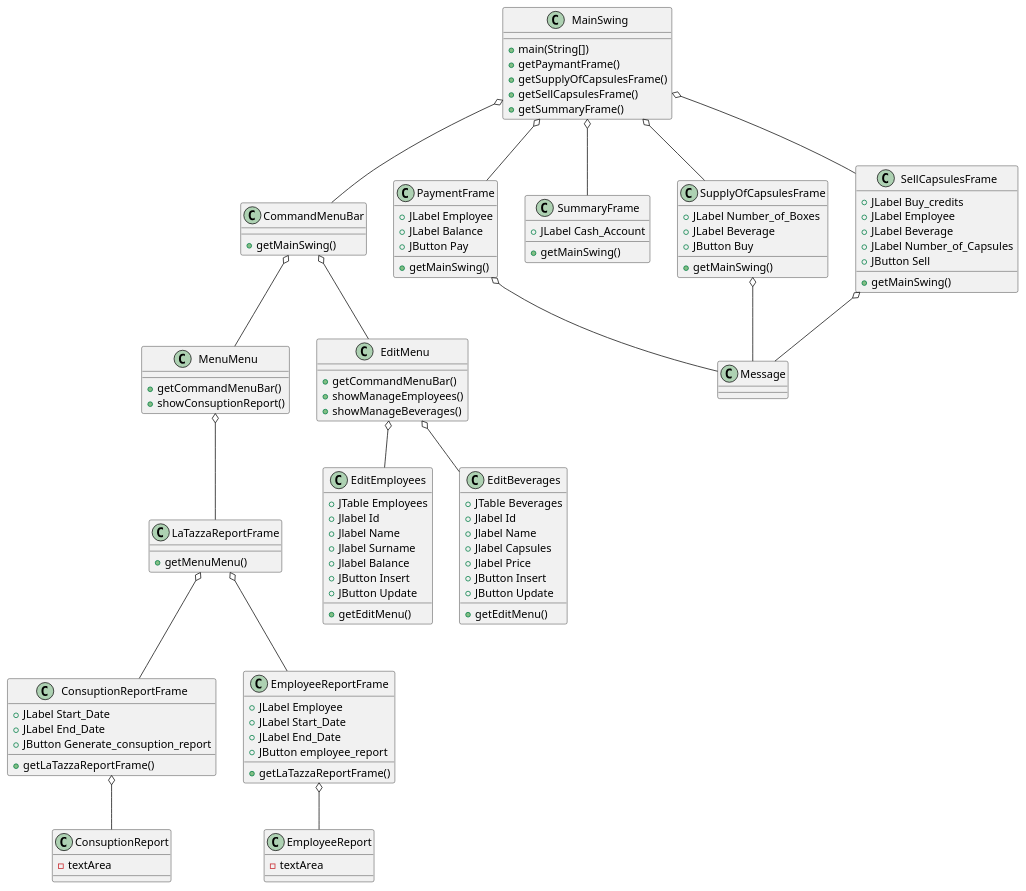
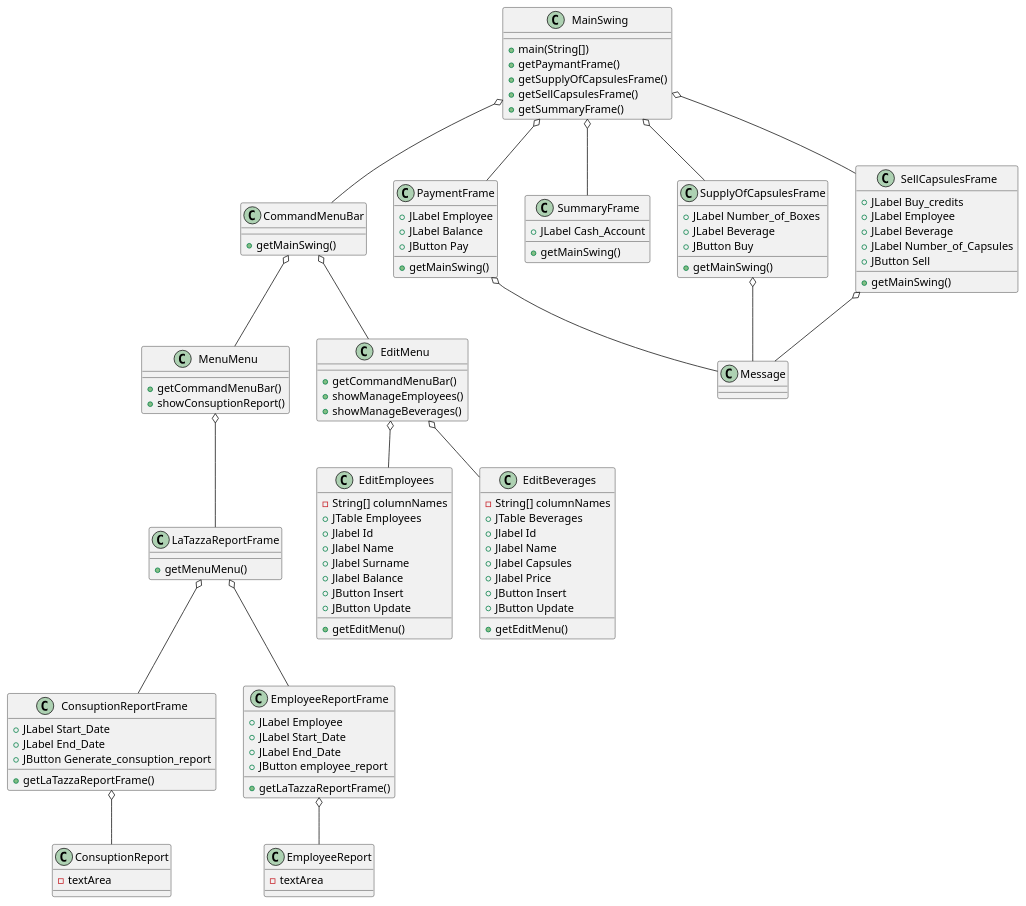
One commit to salvatore-dimartino/LaTazza changed the fifth of 7 diagrams in templates/DesignDocumentTemplate.md. Above: the diagram before and after it, drawn with PlantUML.

```diff
--- a/templates/DesignDocumentTemplate.md
+++ b/templates/DesignDocumentTemplate.md
@@ -341,6 +341,7 @@
 }
 
 class EditEmployees {
+    -String[] columnNames
     +JTable Employees
     +Jlabel Id
     +Jlabel Name
@@ -352,6 +353,7 @@
 }
 
 class EditBeverages {
+    -String[] columnNames
     +JTable Beverages
     +Jlabel Id
     +Jlabel Name
```
